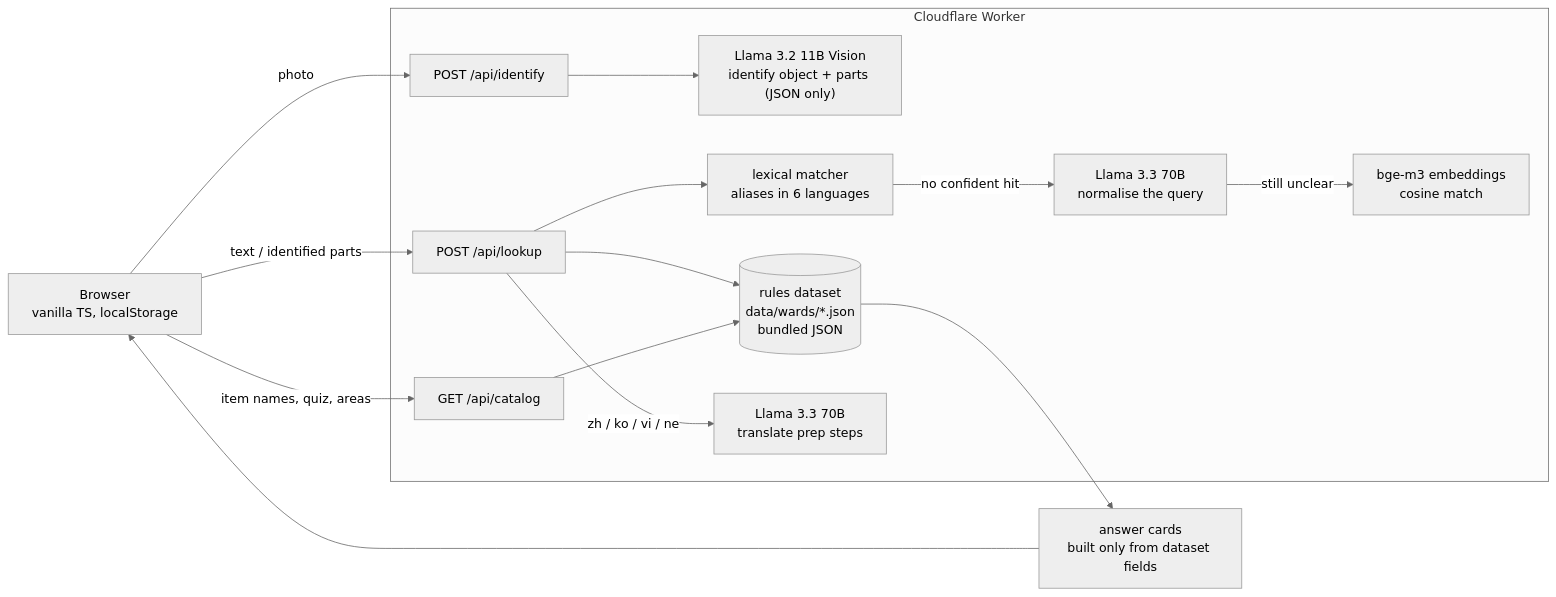
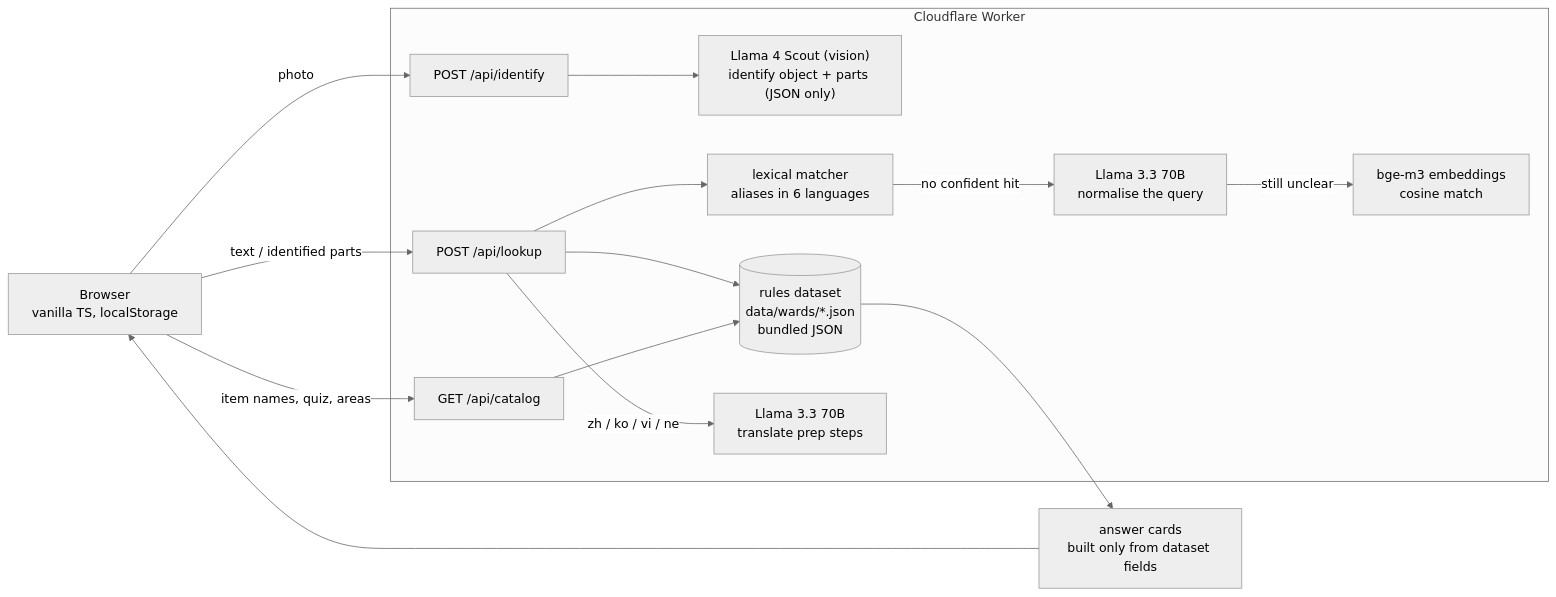
The diagram in README.md (Class-now/binwise), drawn with Mermaid (neutral theme) before and after one commit. The commit also changed other lines of this file and 17 other files, not shown here.

Commit message:
fix: 写真の識別を Llama 4 Scout に変更（3.2 Vision は本番で 3030 エラー）、店頭回収の品目ごとの行き先、デモ録画に写真の場面、本番 URL

````diff
--- a/README.md
+++ b/README.md
@@ -51,17 +51,17 @@
 ```mermaid
 flowchart LR
   U[Browser<br/>vanilla TS, localStorage] -->|photo| ID[POST /api/identify]
   U -->|text / identified parts| LK[POST /api/lookup]
   U -->|item names, quiz, areas| CT[GET /api/catalog]
   subgraph Worker[Cloudflare Worker]
-    ID --> V["Llama 3.2 11B Vision<br/>identify object + parts (JSON only)"]
+    ID --> V["Llama 4 Scout (vision)<br/>identify object + parts (JSON only)"]
     LK --> LX[lexical matcher<br/>aliases in 6 languages]
     LX -->|no confident hit| N["Llama 3.3 70B<br/>normalise the query"]
     N -->|still unclear| E["bge-m3 embeddings<br/>cosine match"]
     LK --> DS[(rules dataset<br/>data/wards/*.json<br/>bundled JSON)]
     LK -->|zh / ko / vi / ne| T["Llama 3.3 70B<br/>translate prep steps"]
     CT --> DS
   end
   DS --> C[answer cards<br/>built only from dataset fields]
   C --> U
 ```
````
